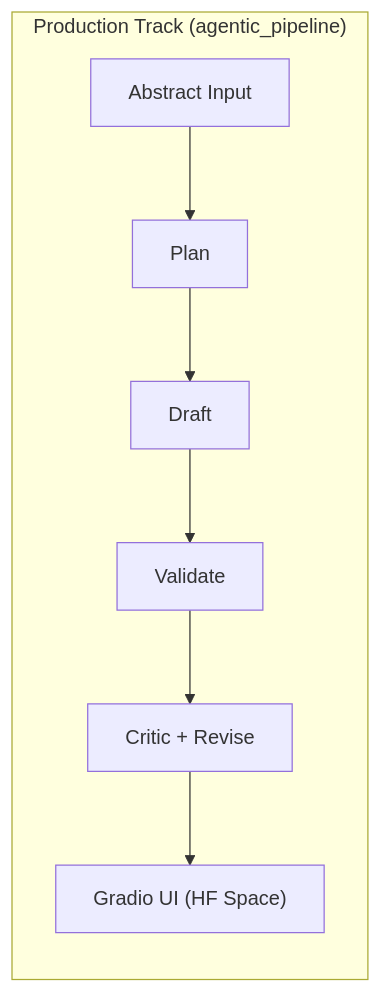
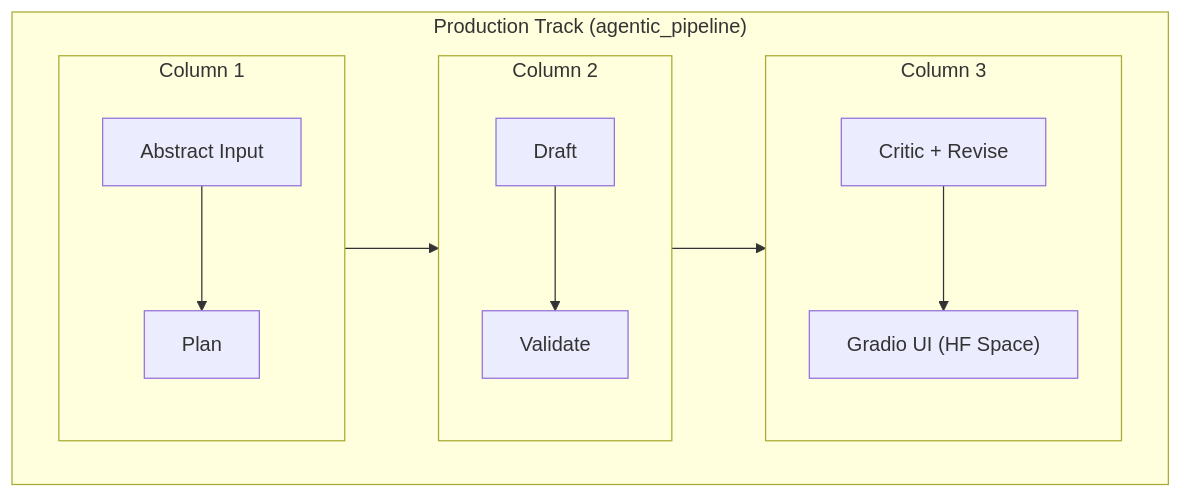
Before and after one commit to daspushpita/MiniAstroGPT: the second of 2 diagrams in README.md, drawn with Mermaid. The commit also changed other lines of this file, not shown here.

````diff
--- a/README.md
+++ b/README.md
@@ -91,10 +105,24 @@
 ```mermaid
 flowchart LR
   subgraph P["Production Track (agentic_pipeline)"]
-    X["Abstract Input"] --> Y["Plan"]
-    Y --> Z["Draft"]
-    Z --> U["Validate"]
-    U --> V["Critic + Revise"]
-    V --> W["Gradio UI (HF Space)"]
+    direction LR
+
+    subgraph P1["Column 1"]
+      direction TB
+      X["Abstract Input"] --> Y["Plan"]
+    end
+
+    subgraph P2["Column 2"]
+      direction TB
+      Z["Draft"] --> U["Validate"]
+    end
+
+    subgraph P3["Column 3"]
+      direction TB
+      V["Critic + Revise"] --> W["Gradio UI (HF Space)"]
+    end
+
+    Y --> Z
+    U --> V
   end
 ```
````
